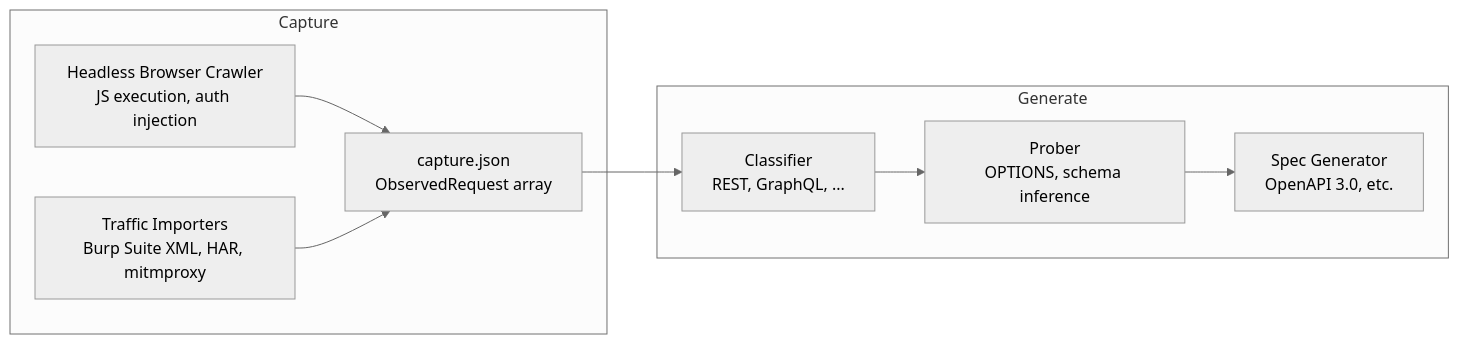
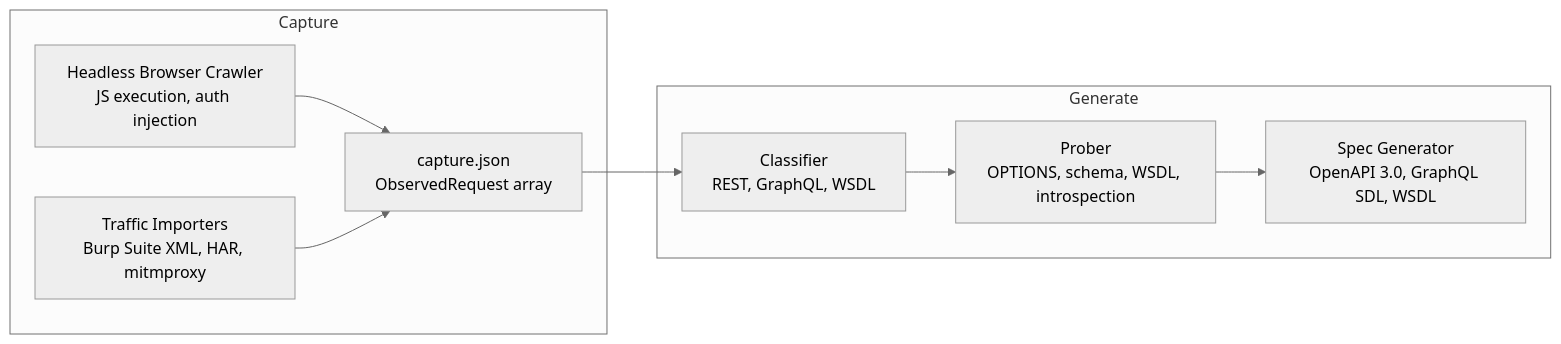
Before and after one commit to praetorian-inc/vespasian: the diagram in README.md, drawn with Mermaid (neutral theme). The commit also changed other lines of this file, not shown here.

First line of the commit message:
docs: update README with GraphQL, WSDL/SOAP support and latest features

````diff
--- a/README.md
+++ b/README.md
@@ -40,12 +43,12 @@
 ```mermaid
 flowchart LR
     subgraph Capture
         A["Headless Browser Crawler<br/>JS execution, auth injection"] --> C["capture.json<br/>ObservedRequest array"]
         B["Traffic Importers<br/>Burp Suite XML, HAR, mitmproxy"] --> C
     end
     subgraph Generate
-        C --> D["Classifier<br/>REST, GraphQL, ..."]
-        D --> E["Prober<br/>OPTIONS, schema inference"]
-        E --> F["Spec Generator<br/>OpenAPI 3.0, etc."]
+        C --> D["Classifier<br/>REST, GraphQL, WSDL"]
+        D --> E["Prober<br/>OPTIONS, schema, WSDL, introspection"]
+        E --> F["Spec Generator<br/>OpenAPI 3.0, GraphQL SDL, WSDL"]
     end
 ```
````
